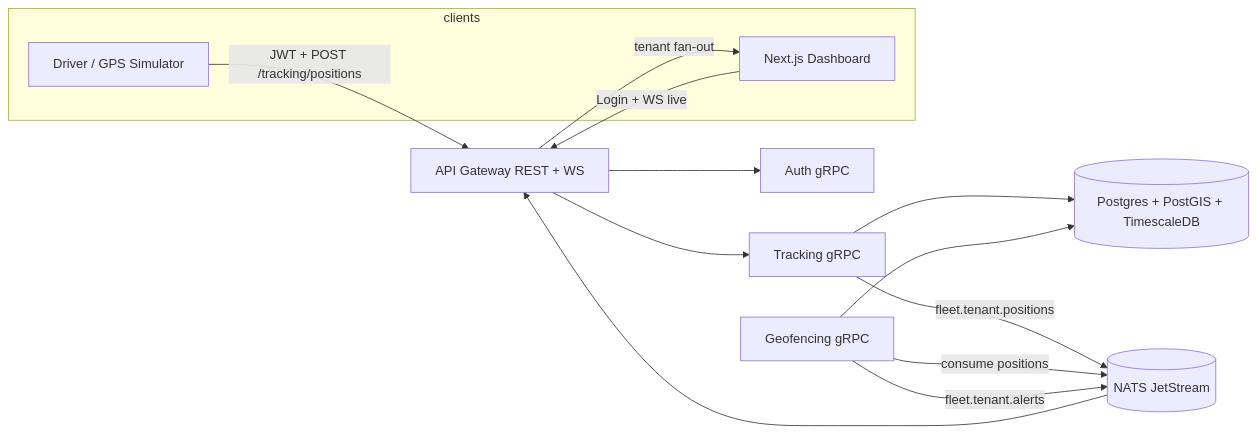
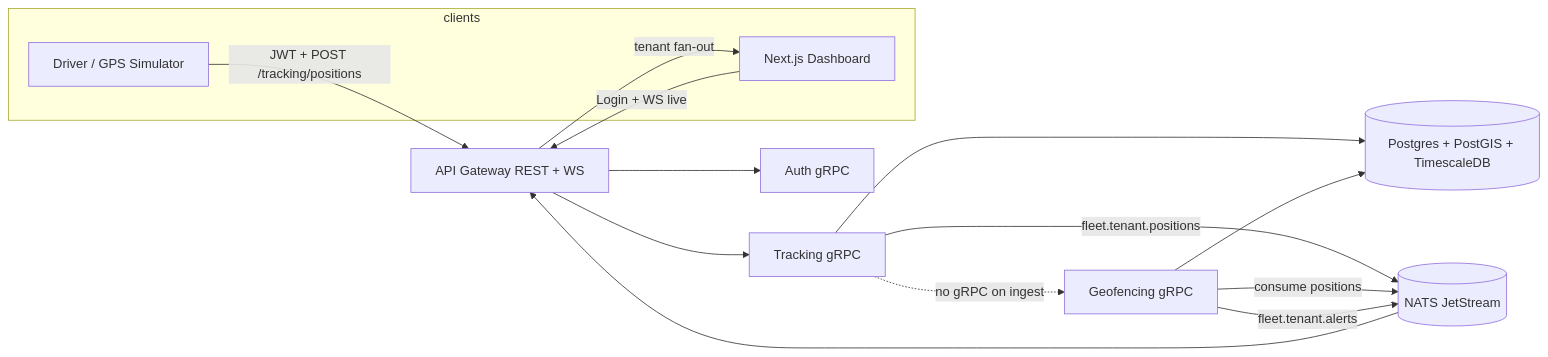
The diagram in README.md (keix40/omnifleet), drawn with Mermaid before and after one commit. The commit also changed other lines of this file and 10 other files, not shown here.

````diff
--- a/README.md
+++ b/README.md
@@ -9,25 +9,26 @@
 ```mermaid
 flowchart LR
   subgraph clients
     D[Driver / GPS Simulator]
     UI[Next.js Dashboard]
   end
   GW[API Gateway REST + WS]
   AUTH[Auth gRPC]
   TRK[Tracking gRPC]
   GEO[Geofencing gRPC]
   NATS[(NATS JetStream)]
   PG[(Postgres + PostGIS + TimescaleDB)]
 
   D -->|JWT + POST /tracking/positions| GW
   UI -->|Login + WS live| GW
   GW --> AUTH
   GW --> TRK
   TRK --> PG
   TRK -->|fleet.tenant.positions| NATS
+  TRK -.->|no gRPC on ingest| GEO
   GEO -->|consume positions| NATS
   GEO --> PG
   GEO -->|fleet.tenant.alerts| NATS
   GW -->|tenant fan-out| UI
   NATS --> GW
 ```
````
